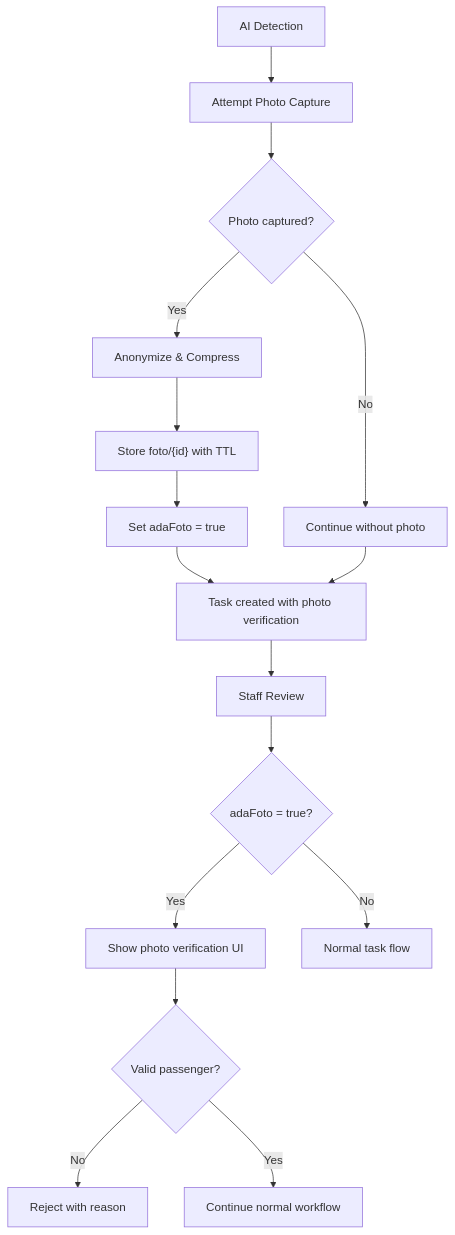
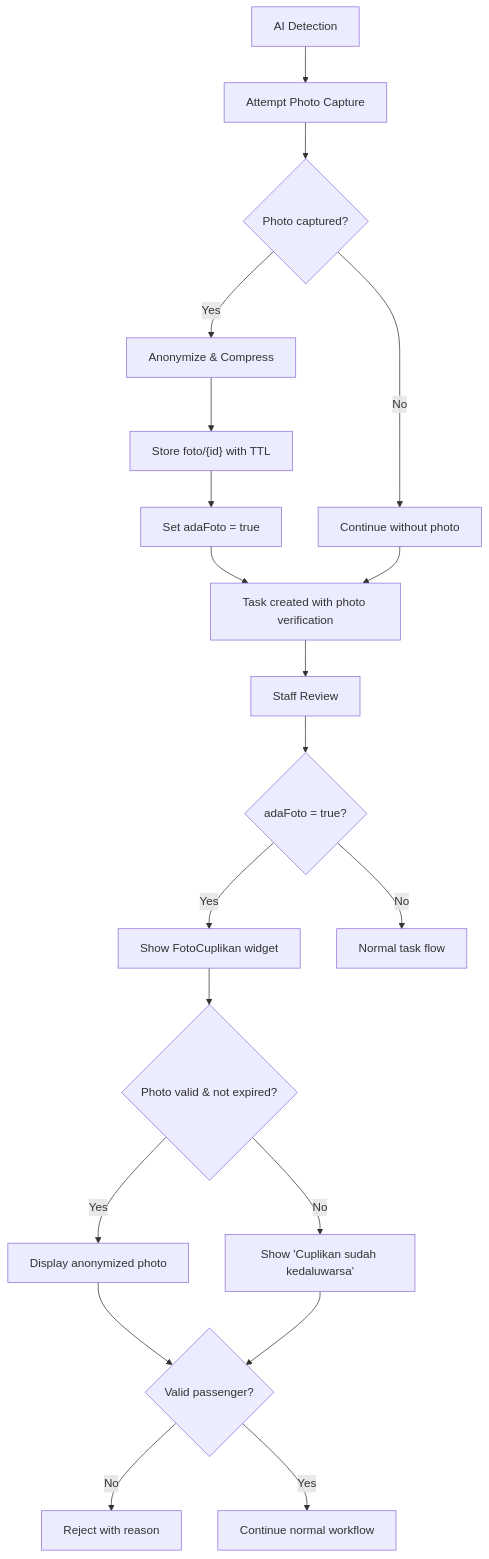
Before and after one commit to rdsarjito/whoosh-ramah: the eighth of 11 diagrams in .qoder/repowiki/en/content/Mobile Application/Staff Workflow/Staff Workflow.md, drawn with Mermaid. The commit also changed other lines of this file and 18 other files, not shown here.

````diff
--- a/.qoder/repowiki/en/content/Mobile Application/Staff Workflow/Staff Workflow.md
+++ b/.qoder/repowiki/en/content/Mobile Application/Staff Workflow/Staff Workflow.md
@@ -566,18 +638,22 @@
 ```mermaid
 flowchart TD
 AI_Detection["AI Detection"] --> PhotoCapture["Attempt Photo Capture"]
 PhotoCapture --> PhotoSuccess{"Photo captured?"}
 PhotoSuccess --> |Yes| Anonymize["Anonymize & Compress"]
 PhotoSuccess --> |No| NoPhoto["Continue without photo"]
 Anonymize --> StorePhoto["Store foto/{id} with TTL"]
 StorePhoto --> SetFlag["Set adaFoto = true"]
 SetFlag --> TaskCreated["Task created with photo verification"]
 NoPhoto --> TaskCreated
 TaskCreated --> StaffReview["Staff Review"]
 StaffReview --> VerifyPhoto{"adaFoto = true?"}
-VerifyPhoto --> |Yes| ShowVerification["Show photo verification UI"]
+VerifyPhoto --> |Yes| ShowVerification["Show FotoCuplikan widget"]
 VerifyPhoto --> |No| NormalFlow["Normal task flow"]
-ShowVerification --> RejectDecision{"Valid passenger?"}
+ShowVerification --> PhotoState{"Photo valid & not expired?"}
+PhotoState --> |Yes| DisplayPhoto["Display anonymized photo"]
+PhotoState --> |No| ExpiredState["Show 'Cuplikan sudah kedaluwarsa'"]
+DisplayPhoto --> RejectDecision{"Valid passenger?"}
+ExpiredState --> RejectDecision
 RejectDecision --> |No| RejectTask["Reject with reason"]
 RejectDecision --> |Yes| ContinueFlow["Continue normal workflow"]
 ```
````
